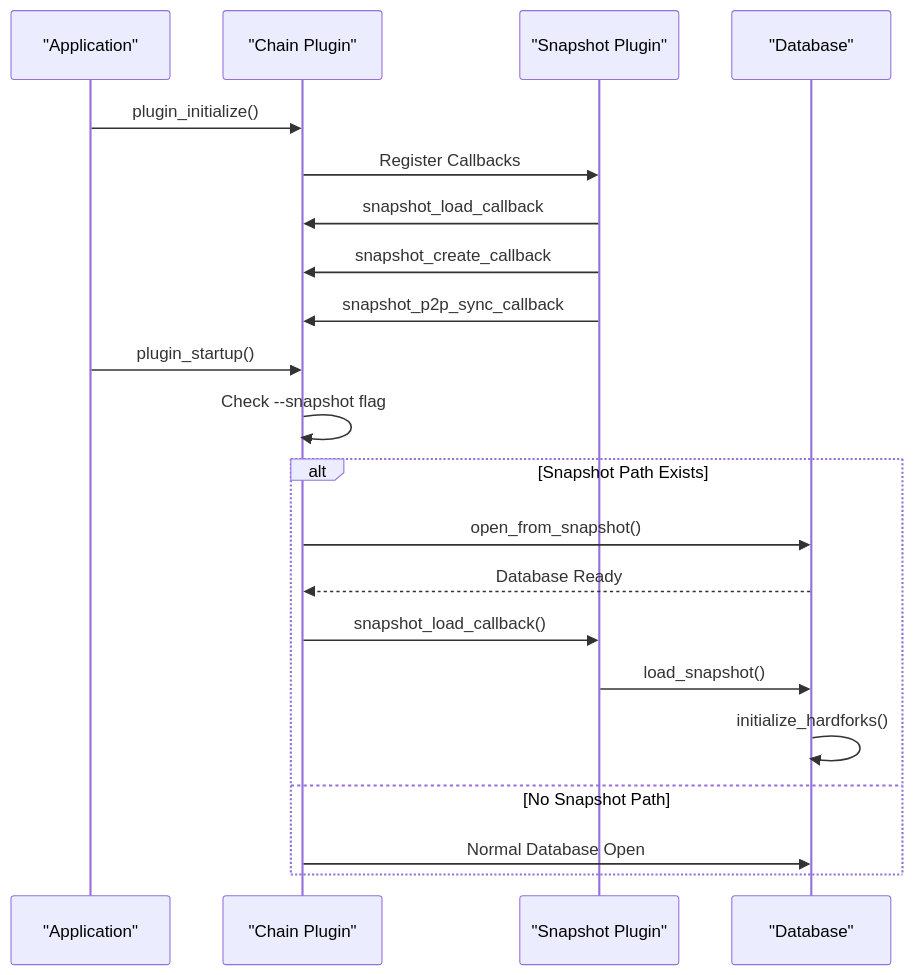
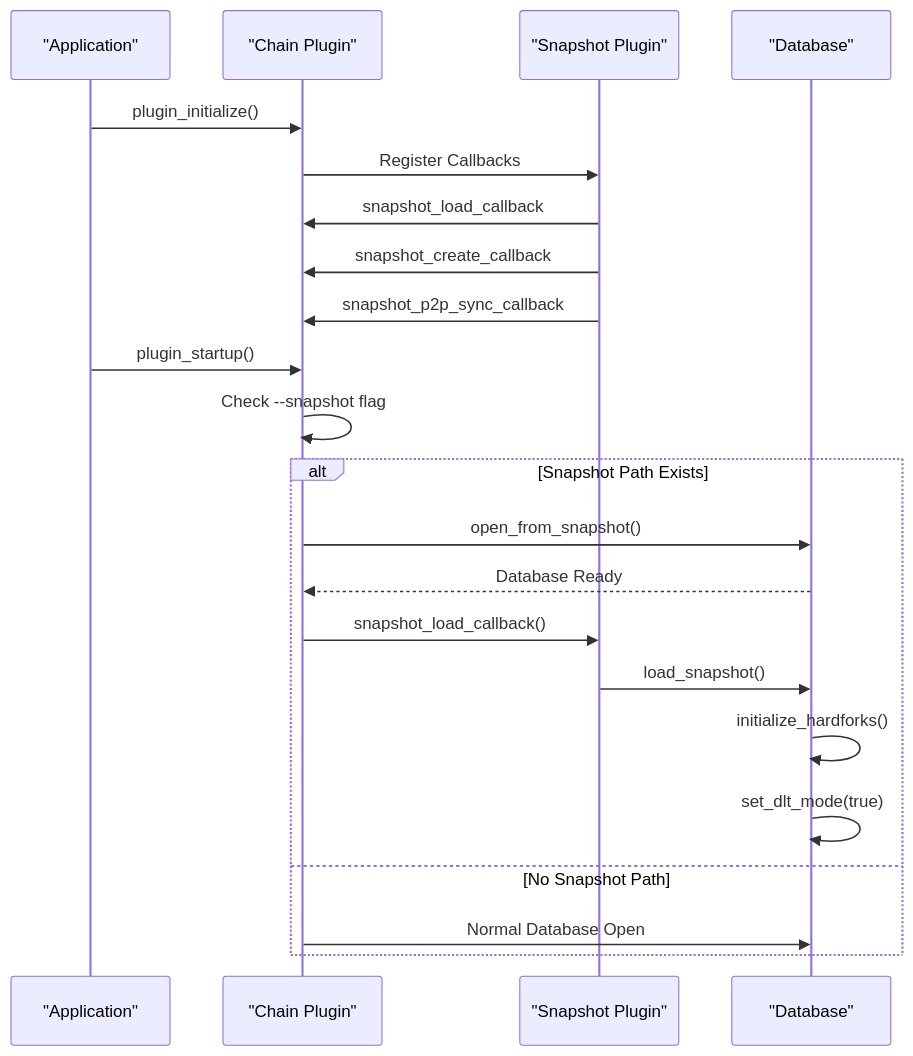
Before and after one commit to VIZ-Blockchain/viz-cpp-node: the tenth of 26 diagrams in .qoder/repowiki/en/content/Plugin System/Snapshot Plugin System.md, drawn with Mermaid. The commit also changed other lines of this file and 4 other files, not shown here.

First line of the commit message:
feat(dlt): enhance DLT mode detection, validation, and error handling

````diff
--- a/.qoder/repowiki/en/content/Plugin System/Snapshot Plugin System.md
+++ b/.qoder/repowiki/en/content/Plugin System/Snapshot Plugin System.md
@@ -474,23 +498,24 @@
 ```mermaid
 sequenceDiagram
 participant App as "Application"
 participant Chain as "Chain Plugin"
 participant Snap as "Snapshot Plugin"
 participant DB as "Database"
 App->>Chain : plugin_initialize()
 Chain->>Snap : Register Callbacks
 Snap->>Chain : snapshot_load_callback
 Snap->>Chain : snapshot_create_callback
 Snap->>Chain : snapshot_p2p_sync_callback
 App->>Chain : plugin_startup()
 Chain->>Chain : Check --snapshot flag
 alt Snapshot Path Exists
 Chain->>DB : open_from_snapshot()
 DB-->>Chain : Database Ready
 Chain->>Snap : snapshot_load_callback()
 Snap->>DB : load_snapshot()
 DB->>DB : initialize_hardforks()
+DB->>DB : set_dlt_mode(true)
 else No Snapshot Path
 Chain->>DB : Normal Database Open
 end
 ```
````
